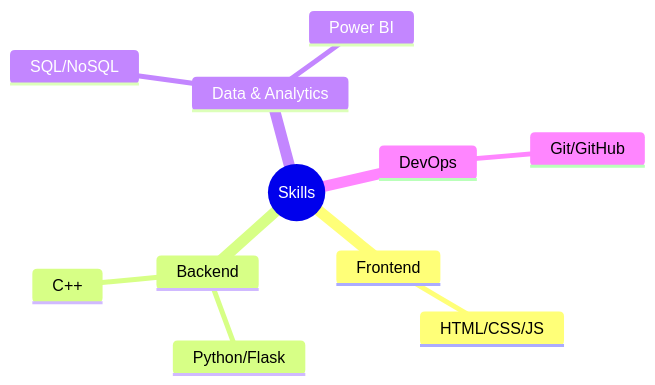
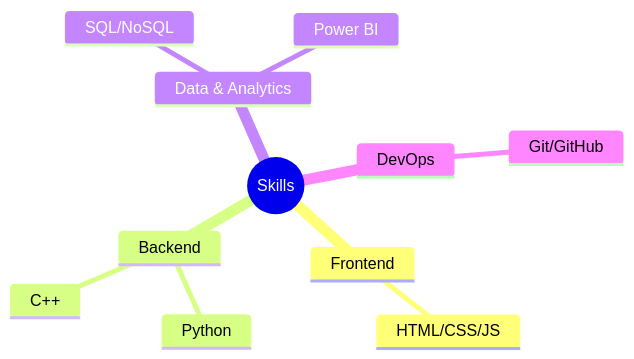
One commit to Evil-Allan/Profile changed the diagram in README.md. Above: the diagram before and after it, drawn with Mermaid. The commit also changed other lines of this file, not shown here.

````diff
--- a/README.md
+++ b/README.md
@@ -93,15 +93,15 @@
 ```mermaid
 mindmap
   root((Skills))
     Frontend
       HTML/CSS/JS
     Backend
-      Python/Flask
+      Python
       C++
     Data & Analytics
       SQL/NoSQL
       Power BI
     DevOps
       Git/GitHub
 
 ```
````
